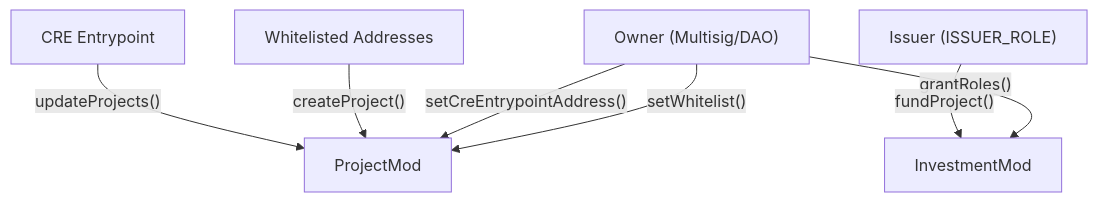
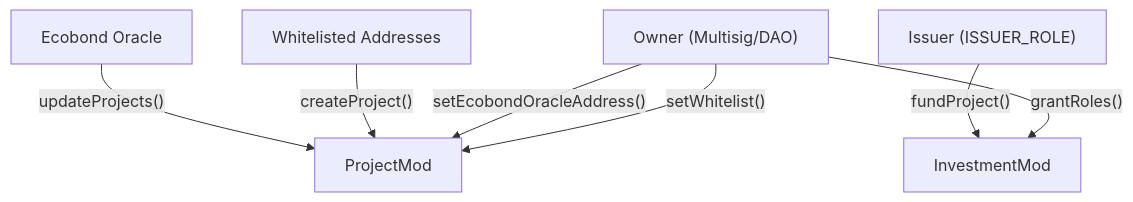
The fourth of 4 diagrams in README.md (Ecobond/contracts-hedera), drawn with Mermaid before and after one commit. The commit also changed other lines of this file, not shown here.

````diff
--- a/README.md
+++ b/README.md
@@ -124,14 +114,14 @@
 ```mermaid
 graph TD
     OW["Owner (Multisig/DAO)"]
     IS["Issuer (ISSUER_ROLE)"]
     WL["Whitelisted Addresses"]
-    CR["CRE Entrypoint"]
+    EO["Ecobond Oracle"]
 
     OW -- "setWhitelist()" --> PM["ProjectMod"]
-    OW -- "setCreEntrypointAddress()" --> PM
+    OW -- "setEcobondOracleAddress()" --> PM
     OW -- "grantRoles()" --> IM["InvestmentMod"]
     IS -- "fundProject()" --> IM
     WL -- "createProject()" --> PM
-    CR -- "updateProjects()" --> PM
+    EO -- "updateProjects()" --> PM
 ```
````
